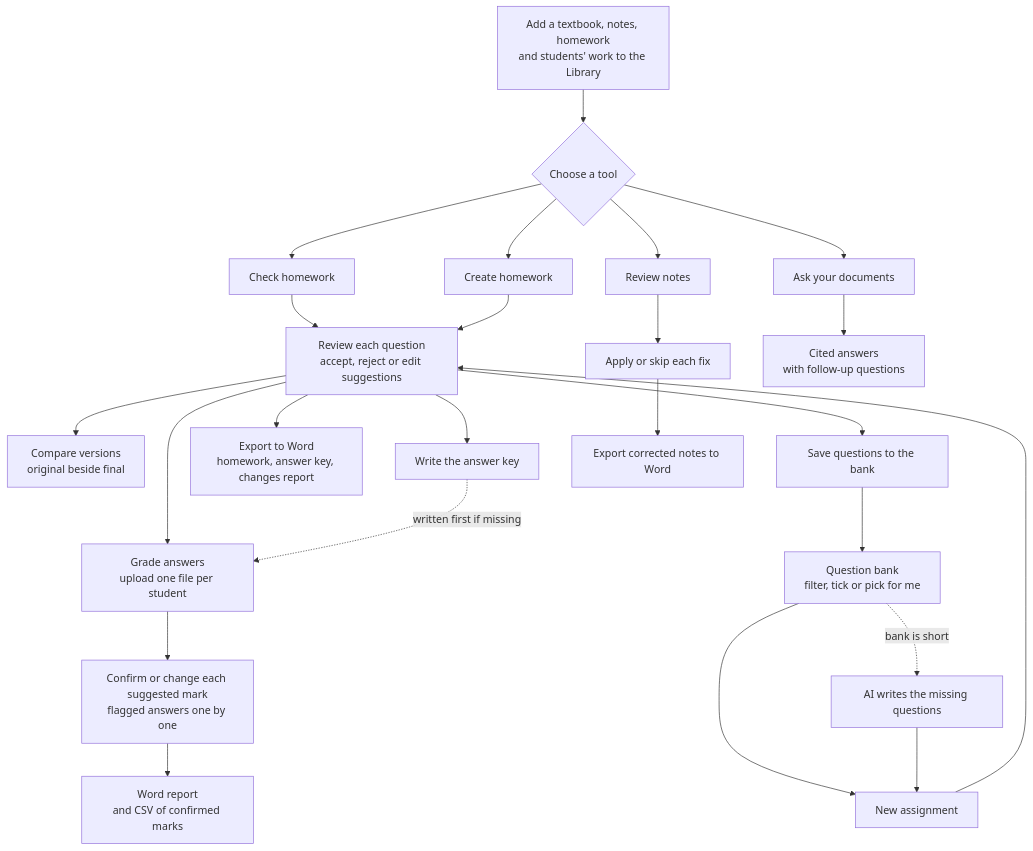
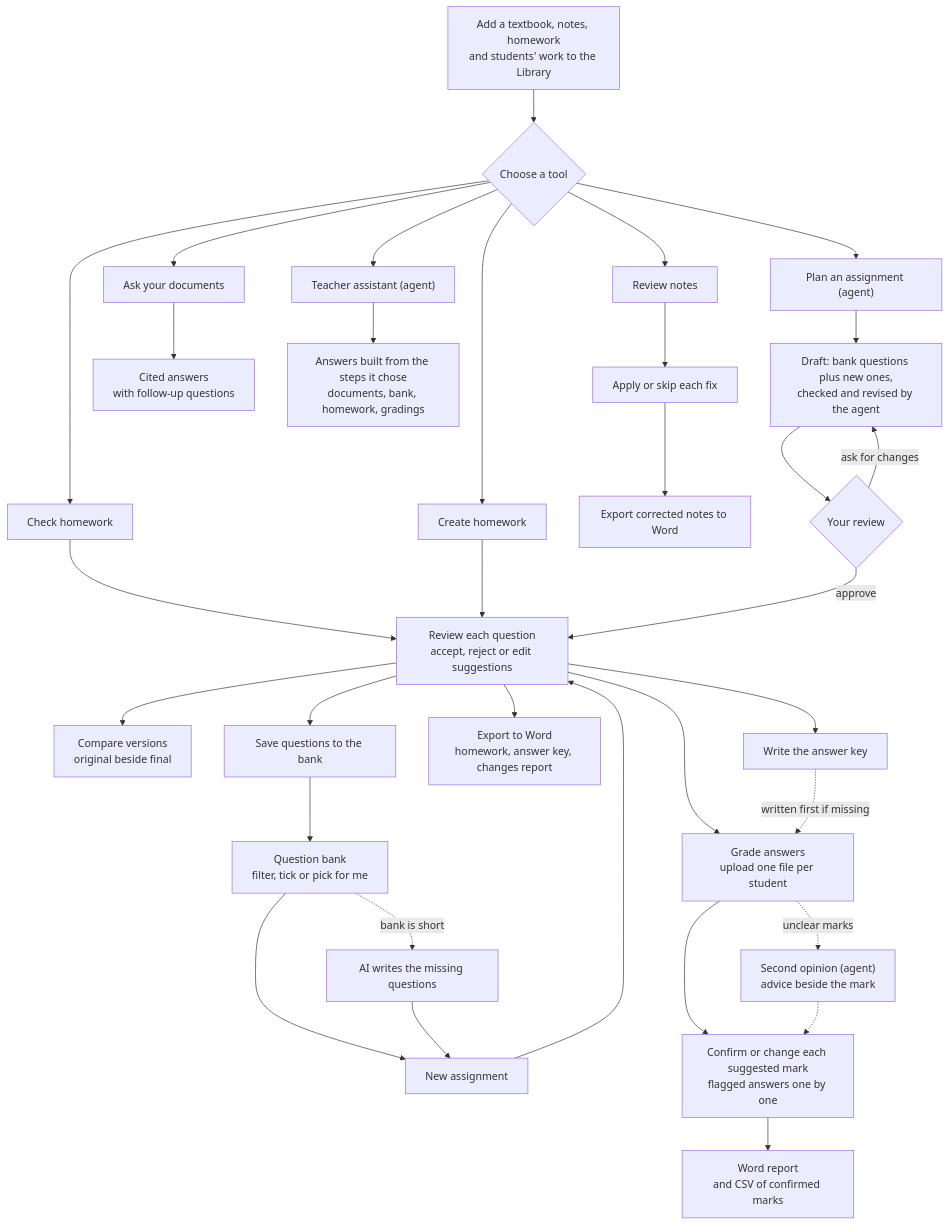
The first of 7 diagrams in README.md (nithinskumar866/AIdoccreator), drawn with Mermaid before and after one commit. The commit also changed other lines of this file and 22 other files, not shown here.

````diff
--- a/README.md
+++ b/README.md
@@ -46,32 +54,42 @@
 ```mermaid
 flowchart TD
     A["Add a textbook, notes, homework<br/>and students' work to the Library"] --> B{"Choose a tool"}
 
     B --> C["Check homework"]
     B --> D["Create homework"]
     B --> E["Review notes"]
     B --> F["Ask your documents"]
+    B --> AS["Teacher assistant (agent)"]
+    B --> PL["Plan an assignment (agent)"]
 
     C --> R["Review each question<br/>accept, reject or edit suggestions"]
     D --> R
     R --> CMP["Compare versions<br/>original beside final"]
     R --> K["Write the answer key"]
     R --> X1["Export to Word<br/>homework, answer key, changes report"]
     R --> SB["Save questions to the bank"]
 
     SB --> QB["Question bank<br/>filter, tick or pick for me"]
     QB --> NA["New assignment"]
     QB -. "bank is short" .-> AW["AI writes the missing questions"]
     AW --> NA
     NA --> R
 
     R --> G["Grade answers<br/>upload one file per student"]
     K -. "written first if missing" .-> G
     G --> GR["Confirm or change each suggested mark<br/>flagged answers one by one"]
     GR --> X2["Word report<br/>and CSV of confirmed marks"]
 
     E --> RN["Apply or skip each fix"]
     RN --> X3["Export corrected notes to Word"]
 
     F --> FA["Cited answers<br/>with follow-up questions"]
+
+    AS --> ASA["Answers built from the steps it chose<br/>documents, bank, homework, gradings"]
+    PL --> PD["Draft: bank questions plus new ones,<br/>checked and revised by the agent"]
+    PD --> PR{"Your review"}
+    PR -- "ask for changes" --> PD
+    PR -- "approve" --> R
+    G -. "unclear marks" .-> SO["Second opinion (agent)<br/>advice beside the mark"]
+    SO -.-> GR
 ```
````
